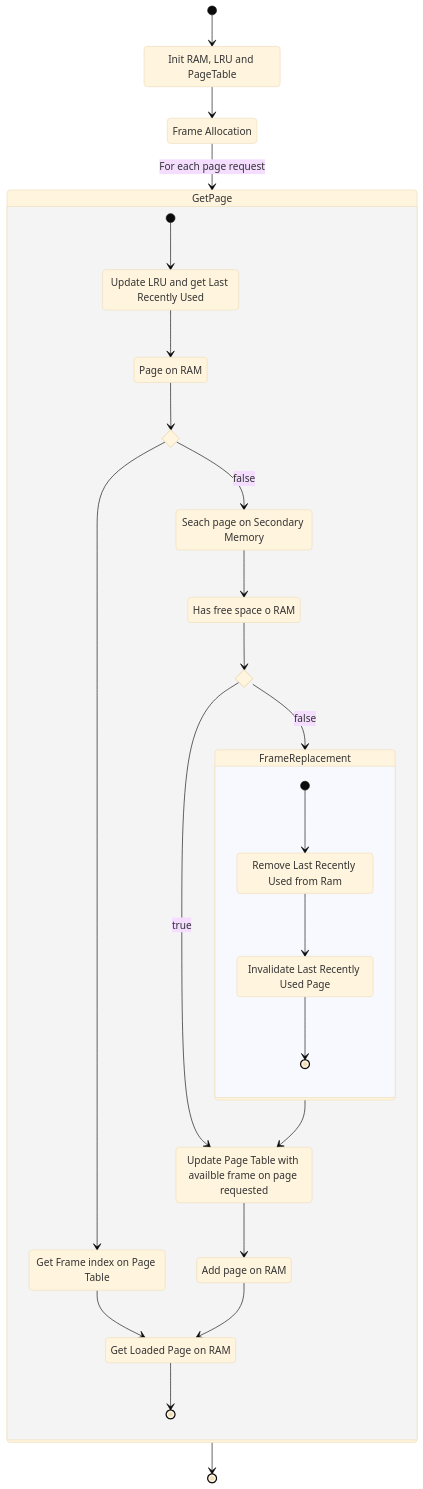
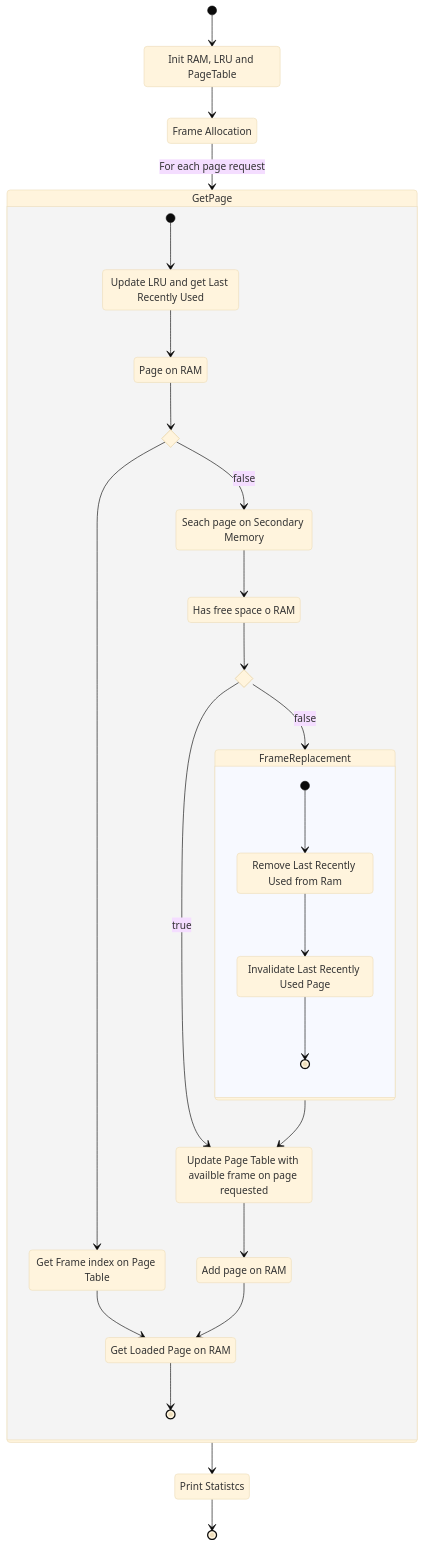
Before and after one commit to Lucasgm22/MyVirtualMemoryManager: the ninth of 9 diagrams in README.md, drawn with Mermaid (base theme).

````diff
--- a/README.md
+++ b/README.md
@@ -167,43 +167,46 @@
 ```mermaid
 stateDiagram-v2
     irlp: Init RAM, LRU and PageTable
     fa: Frame Allocation
     pon: Page on RAM
     ulrgtlru: Update LRU and get Last Recently Used
     sposm: Seach page on Secondary Memory
     hfsor: Has free space o RAM
     rlrufr: Remove Last Recently Used from Ram
     ilrup: Invalidate Last Recently Used Page
     afor: Add page on RAM
     upt: Update Page Table with availble frame on page requested
     gfopt: Get Frame index on Page Table
     glpor: Get Loaded Page on RAM
+    ps: Print Statistcs
     state if_state <<choice>>
     state if_state2 <<choice>>
     [*] --> irlp
     irlp --> fa
     fa --> GetPage: For each page request
     state GetPage {
         [*] --> ulrgtlru
         ulrgtlru --> pon
         pon --> if_state
         if_state --> gfopt
         gfopt --> glpor
         if_state --> sposm: false
         sposm --> hfsor
         hfsor --> if_state2
         if_state2 --> upt: true
         afor --> glpor
         if_state2 --> FrameReplacement: false
         state FrameReplacement {
             [*] --> rlrufr
             rlrufr --> ilrup
             ilrup --> [*]
         }
         FrameReplacement --> upt
         upt --> afor
         glpor -->[*]
     }
 
-    GetPage --> [*]
+    GetPage --> ps
+    ps --> [*]
+
 ```
````
